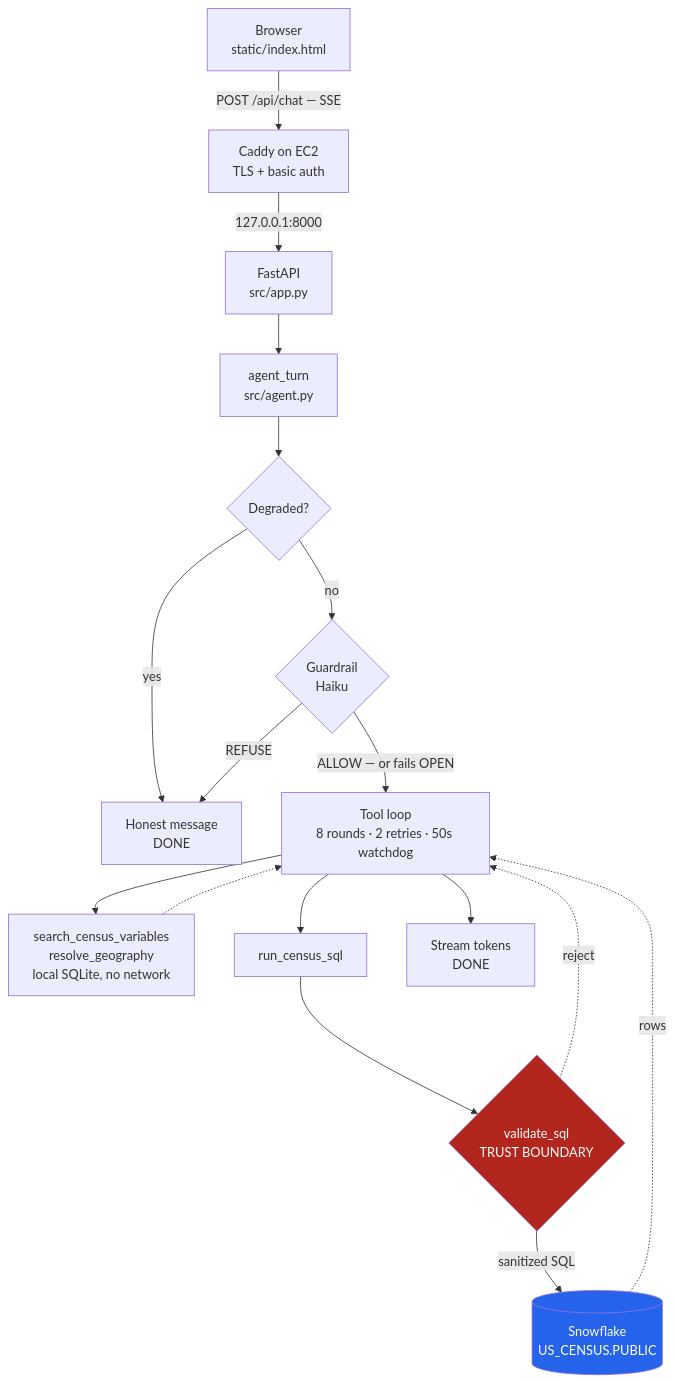
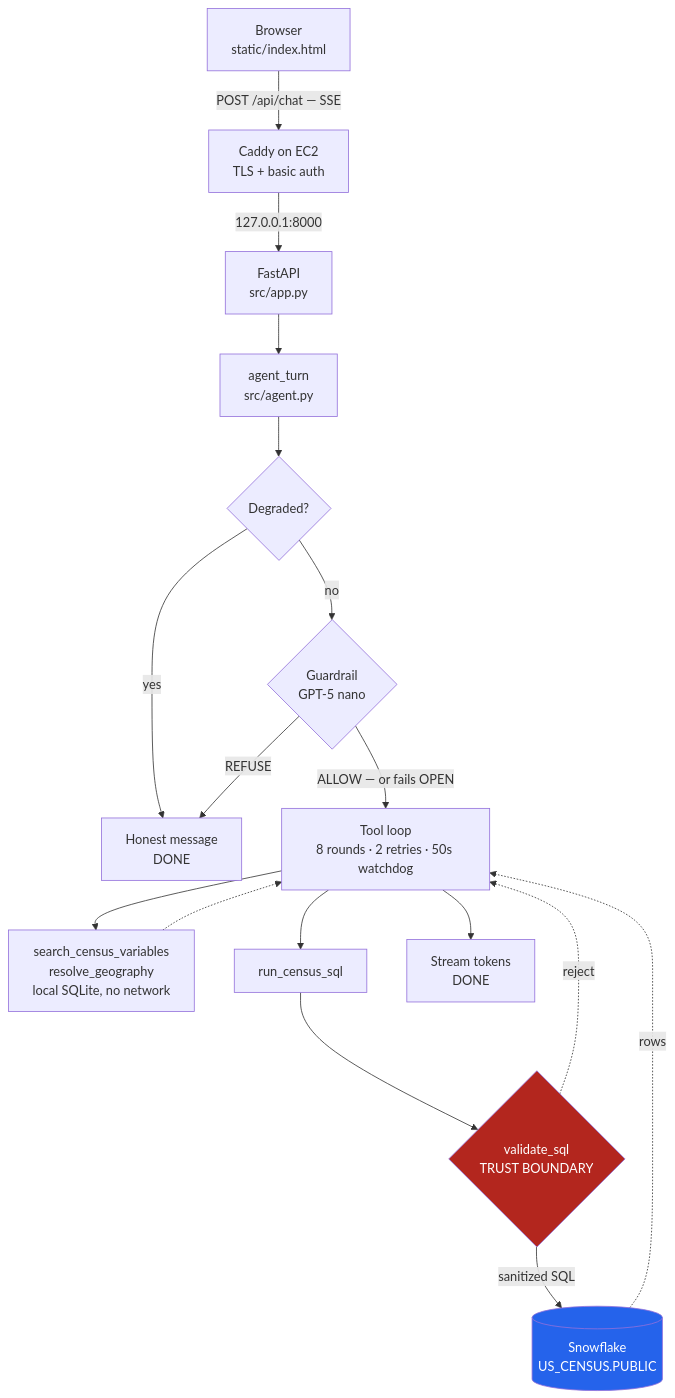
Before and after one commit to moujiandao/censuschat: the diagram in README.md, drawn with Mermaid. The commit also changed other lines of this file and 17 other files, not shown here.

Commit message:
feat: move guardrail classifier to GPT-5 nano

````diff
--- a/README.md
+++ b/README.md
@@ -92,23 +92,23 @@
 ```mermaid
 flowchart TD
     A["Browser<br/>static/index.html"] -->|"POST /api/chat — SSE"| B["Caddy on EC2<br/>TLS + basic auth"]
     B -->|"127.0.0.1:8000"| C["FastAPI<br/>src/app.py"]
     C --> D["agent_turn<br/>src/agent.py"]
     D --> E{"Degraded?"}
     E -->|yes| Z["Honest message<br/>DONE"]
-    E -->|no| F{"Guardrail<br/>Haiku"}
+    E -->|no| F{"Guardrail<br/>GPT-5 nano"}
     F -->|REFUSE| Z
     F -->|"ALLOW — or fails OPEN"| G
 
     G["Tool loop<br/>8 rounds · 2 retries · 50s watchdog"] --> H["search_census_variables<br/>resolve_geography<br/>local SQLite, no network"]
     H -.-> G
     G --> J["run_census_sql"]
     J --> K{"validate_sql<br/>TRUST BOUNDARY"}
     K -.->|reject| G
     K -->|"sanitized SQL"| L[("Snowflake<br/>US_CENSUS.PUBLIC")]
     L -.->|rows| G
     G --> M["Stream tokens<br/>DONE"]
 
     style K fill:#b3261e,color:#ffffff
     style L fill:#2563eb,color:#ffffff
 ```
````
